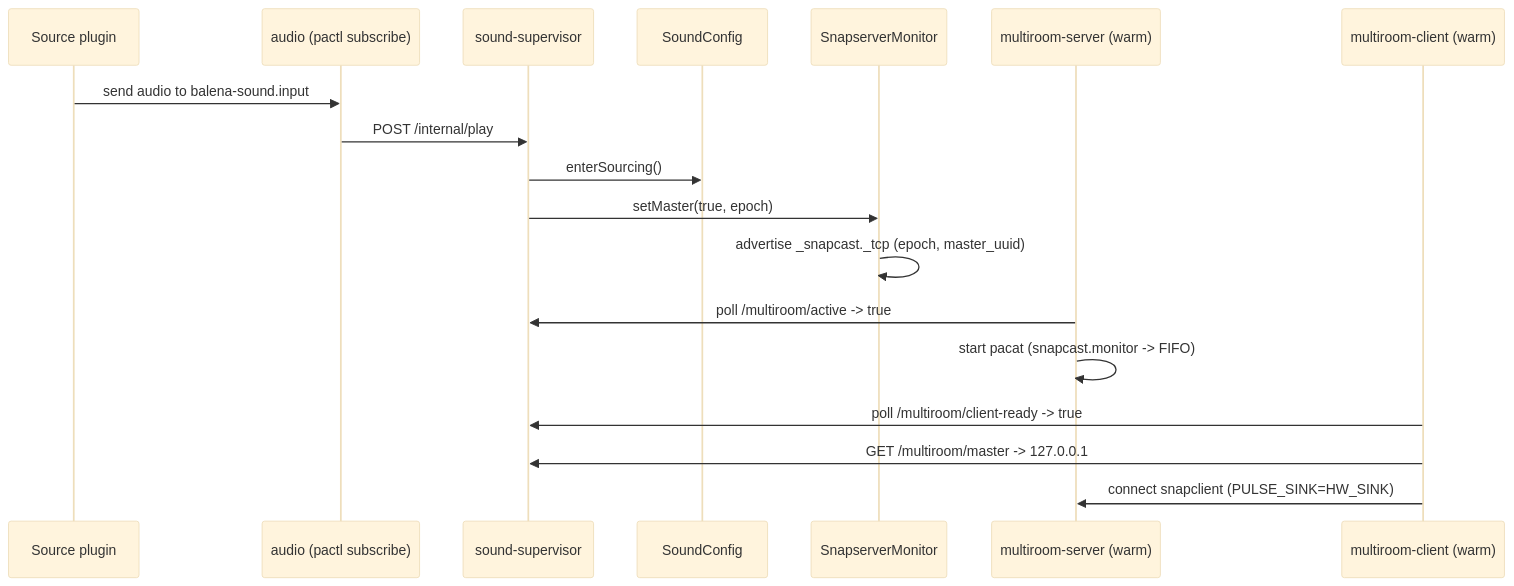
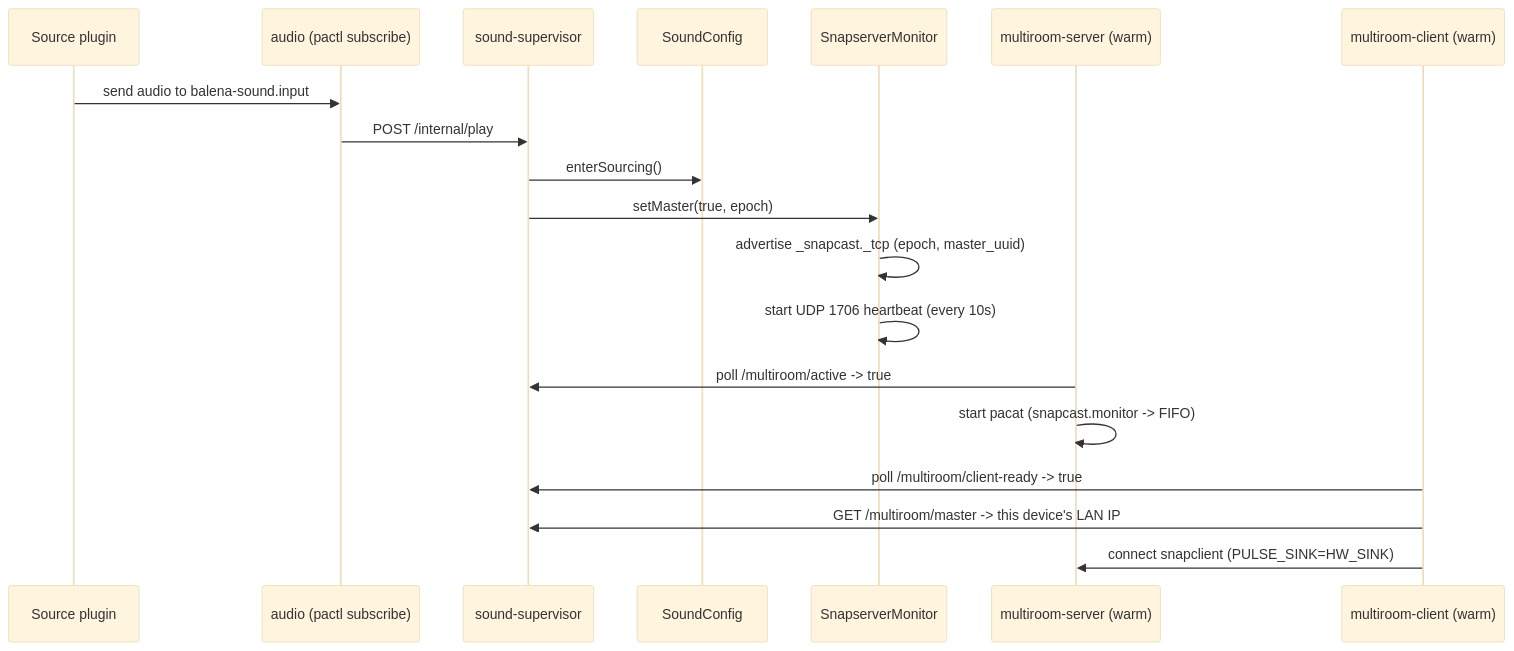
Before and after one commit to JaragonCR/iotsound: the fifth of 7 diagrams in docs/architecture/runtime-states.md, drawn with Mermaid (base theme). The commit also changed other lines of this file and 21 other files, not shown here.

````diff
--- a/docs/architecture/runtime-states.md
+++ b/docs/architecture/runtime-states.md
@@ -81,21 +81,22 @@
 ```mermaid
 sequenceDiagram
   participant Plugin as Source plugin
   participant Audio as audio (pactl subscribe)
   participant API as sound-supervisor
   participant Config as SoundConfig
   participant Monitor as SnapserverMonitor
   participant Server as multiroom-server (warm)
   participant Client as multiroom-client (warm)
 
   Plugin->>Audio: send audio to balena-sound.input
   Audio->>API: POST /internal/play
   API->>Config: enterSourcing()
   API->>Monitor: setMaster(true, epoch)
   Monitor->>Monitor: advertise _snapcast._tcp (epoch, master_uuid)
+  Monitor->>Monitor: start UDP 1706 heartbeat (every 10s)
   Server->>API: poll /multiroom/active -> true
   Server->>Server: start pacat (snapcast.monitor -> FIFO)
   Client->>API: poll /multiroom/client-ready -> true
-  Client->>API: GET /multiroom/master -> 127.0.0.1
+  Client->>API: GET /multiroom/master -> this device's LAN IP
   Client->>Server: connect snapclient (PULSE_SINK=HW_SINK)
 ```
````
